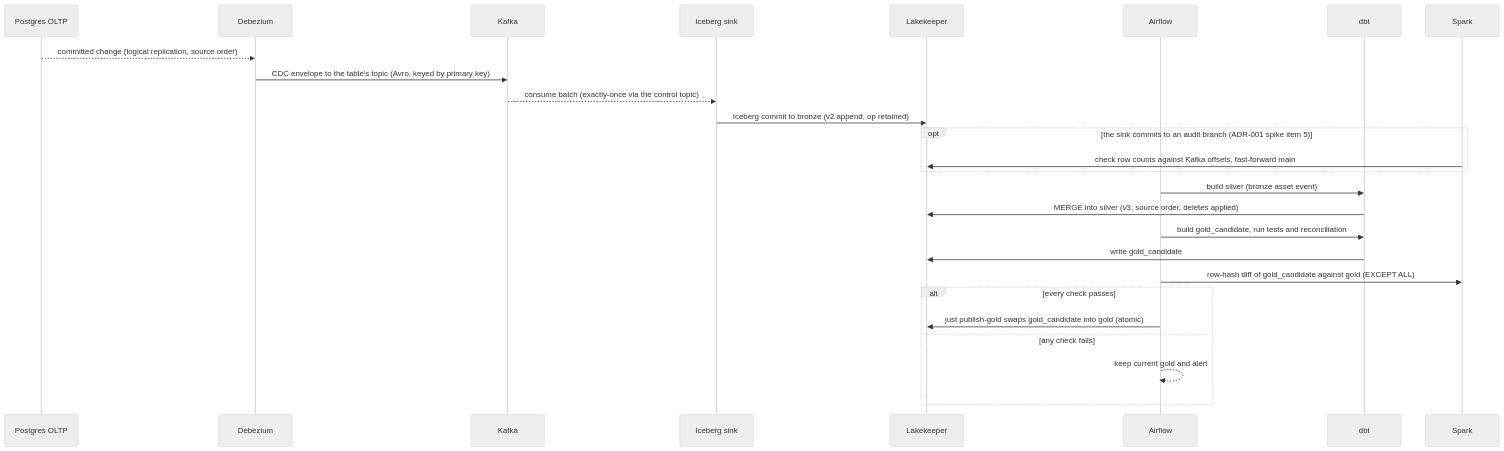
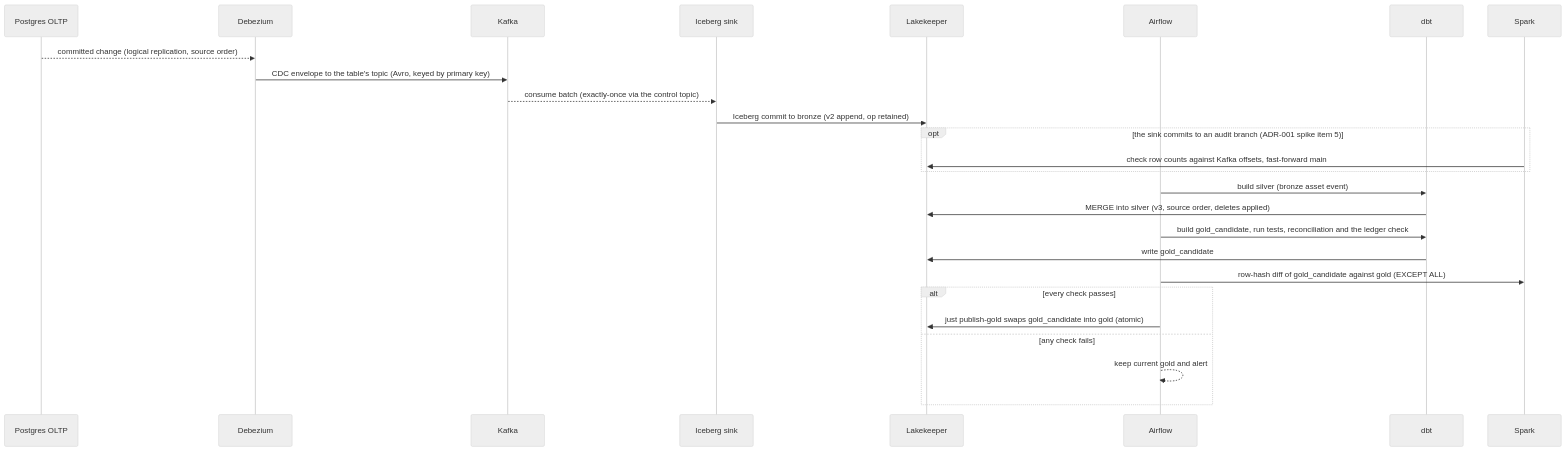
One commit to thanghoangnguyen-kms/shopstream changed the second of 5 diagrams in docs/specs/platform/ref-architecture.md. Above: the diagram before and after it, drawn with Mermaid. The commit also changed other lines of this file, not shown here.

Commit message:
docs: resolve reference architecture critique flags

````diff
--- a/docs/specs/platform/ref-architecture.md
+++ b/docs/specs/platform/ref-architecture.md
@@ -158,29 +158,29 @@
 ```mermaid
 %%{init: {'theme': 'neutral'}}%%
 sequenceDiagram
     participant PG as Postgres OLTP
     participant DBZ as Debezium
     participant K as Kafka
     participant Sink as Iceberg sink
     participant LK as Lakekeeper
     participant AF as Airflow
     participant dbt
     participant Spark
     PG-->>DBZ: committed change (logical replication, source order)
     DBZ->>K: CDC envelope to the table's topic (Avro, keyed by primary key)
     K-->>Sink: consume batch (exactly-once via the control topic)
     Sink->>LK: Iceberg commit to bronze (v2 append, op retained)
     opt the sink commits to an audit branch (ADR-001 spike item 5)
         Spark->>LK: check row counts against Kafka offsets, fast-forward main
     end
     AF->>dbt: build silver (bronze asset event)
     dbt->>LK: MERGE into silver (v3, source order, deletes applied)
-    AF->>dbt: build gold_candidate, run tests and reconciliation
+    AF->>dbt: build gold_candidate, run tests, reconciliation and the ledger check
     dbt->>LK: write gold_candidate
     AF->>Spark: row-hash diff of gold_candidate against gold (EXCEPT ALL)
     alt every check passes
         AF->>LK: just publish-gold swaps gold_candidate into gold (atomic)
     else any check fails
         AF-->>AF: keep current gold and alert
     end
 ```
````
